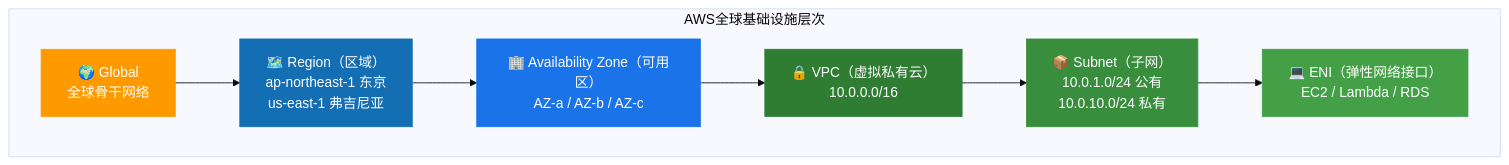
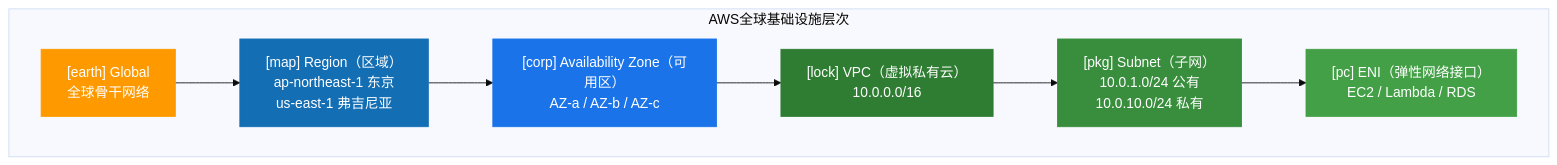
The first of 6 diagrams in docs/guide/cloud/aws-networking.md (SKT-Shurima/NetworkMastery), drawn with Mermaid (base theme) before and after one commit. The commit also changed other lines of this file and 54 other files, not shown here.

````diff
--- a/docs/guide/cloud/aws-networking.md
+++ b/docs/guide/cloud/aws-networking.md
@@ -23,24 +23,24 @@
 ```mermaid
 graph TB
     subgraph "AWS全球基础设施层次"
-        A["🌍 Global<br/>全球骨干网络"]
-        B["🗺️ Region（区域）<br/>ap-northeast-1 东京<br/>us-east-1 弗吉尼亚"]
-        C["🏢 Availability Zone（可用区）<br/>AZ-a / AZ-b / AZ-c"]
-        D["🔒 VPC（虚拟私有云）<br/>10.0.0.0/16"]
-        E["📦 Subnet（子网）<br/>10.0.1.0/24 公有<br/>10.0.10.0/24 私有"]
-        F["💻 ENI（弹性网络接口）<br/>EC2 / Lambda / RDS"]
+        A["[earth] Global<br/>全球骨干网络"]
+        B["[map] Region（区域）<br/>ap-northeast-1 东京<br/>us-east-1 弗吉尼亚"]
+        C["[corp] Availability Zone（可用区）<br/>AZ-a / AZ-b / AZ-c"]
+        D["[lock] VPC（虚拟私有云）<br/>10.0.0.0/16"]
+        E["[pkg] Subnet（子网）<br/>10.0.1.0/24 公有<br/>10.0.10.0/24 私有"]
+        F["[pc] ENI（弹性网络接口）<br/>EC2 / Lambda / RDS"]
     end
 
     A --> B
     B --> C
     C --> D
     D --> E
     E --> F
 
     style A fill:#FF9900,color:#fff,stroke:#FF9900
     style B fill:#146EB4,color:#fff,stroke:#146EB4
     style C fill:#1A73E8,color:#fff,stroke:#1A73E8
     style D fill:#2E7D32,color:#fff,stroke:#2E7D32
     style E fill:#388E3C,color:#fff,stroke:#388E3C
     style F fill:#43A047,color:#fff,stroke:#43A047
 ```
````
